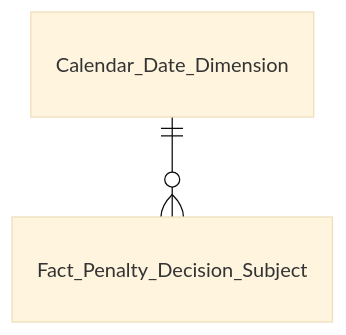
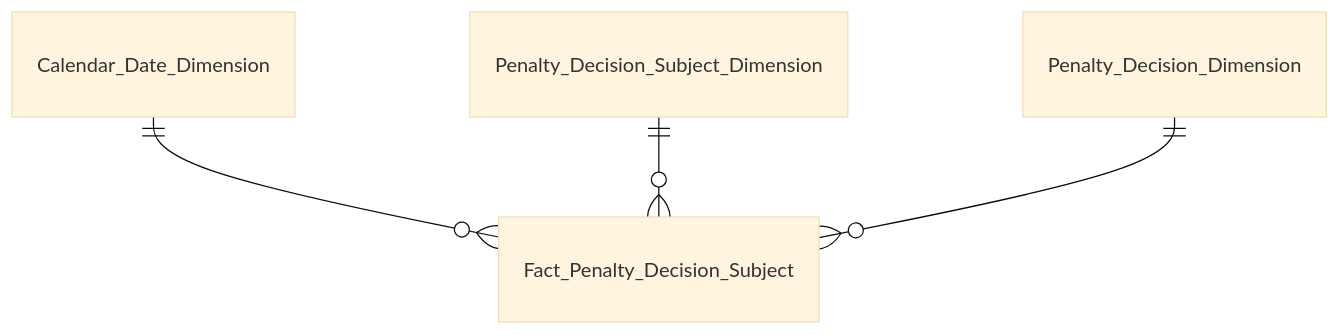
The seventh of 8 diagrams in Datamart/hld/DTM_TT_Entities.md (linhlvit/ubck_atomic_design), drawn with Mermaid (base theme) before and after one commit. The commit also changed other lines of this file and 27 other files, not shown here.

````diff
--- a/Datamart/hld/DTM_TT_Entities.md
+++ b/Datamart/hld/DTM_TT_Entities.md
@@ -113,4 +129,6 @@
 ```mermaid
 erDiagram
     Calendar_Date_Dimension ||--o{ Fact_Penalty_Decision_Subject : " "
+    Penalty_Decision_Subject_Dimension ||--o{ Fact_Penalty_Decision_Subject : " "
+    Penalty_Decision_Dimension ||--o{ Fact_Penalty_Decision_Subject : " "
 ```
````
